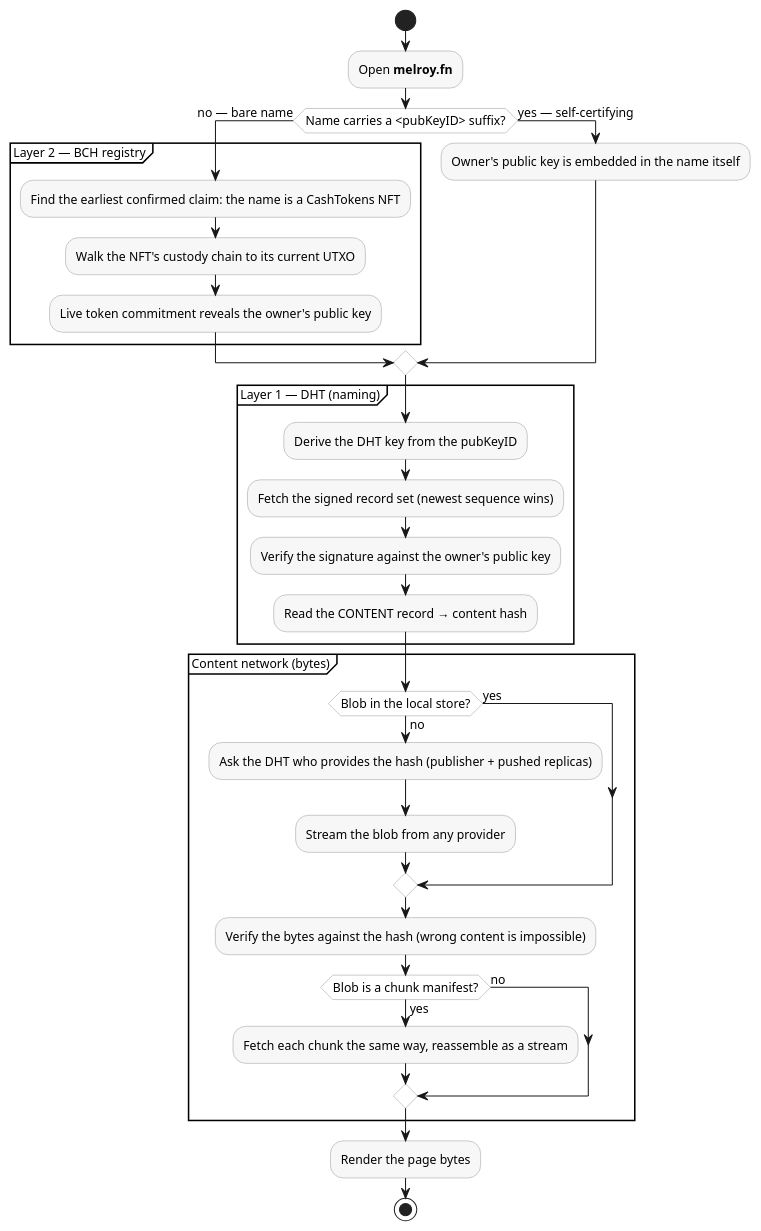
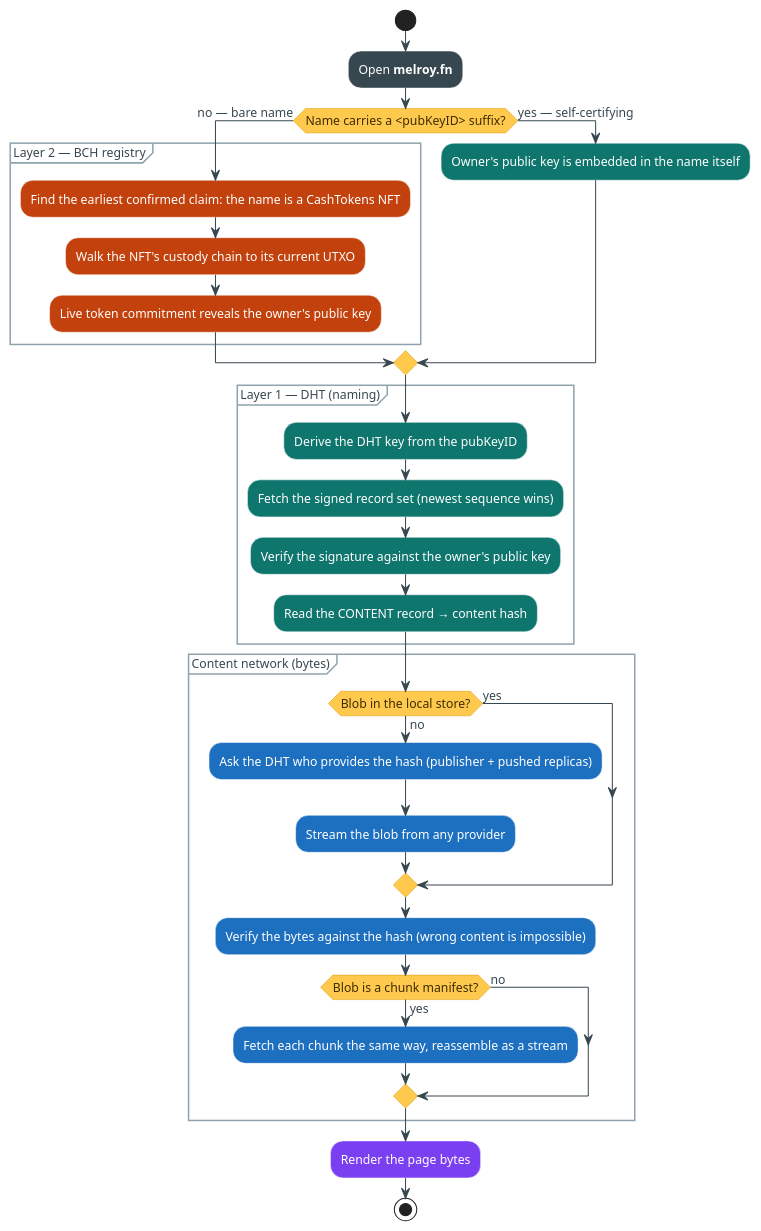
Before and after one commit to FreedomNames/FreedomNames: the diagram in README.md, drawn with PlantUML.

Commit message:
README: color the flowchart by layer
Give each layer its own hue so the three phases are distinguishable at
a glance: BCH registry orange, DHT naming teal, content network blue,
with a dark slate entry step and purple render step. Decisions are
amber so branch points stand out from the work steps.

Teal is the docs site brand color (--vp-c-brand-1 in the VitePress
theme), so the README and website now agree.

All box colors carry white text at WCAG AA (>=4.5:1): the vivid orange
(#F2711C, 2.94) and teal (#14B8A6, 2.49) were darkened to #C2410C
(5.18) and #0F766E (5.47). Amber decisions use dark brown text (8.80).

````diff
--- a/README.md
+++ b/README.md
@@ -46,45 +46,53 @@
 ```plantuml
 @startuml
 skinparam ranksep 25
 skinparam nodesep 14
 skinparam defaultFontSize 12
+skinparam shadowing false
+skinparam ArrowColor #37474F
+skinparam ArrowFontColor #37474F
 skinparam activity {
-  BackgroundColor #F7F7F7
-  BorderColor #999999
-  DiamondBackgroundColor #FFFFFF
-  DiamondBorderColor #999999
+  BorderColor #FFFFFF
+  FontColor #FFFFFF
+  DiamondBackgroundColor #FFC94D
+  DiamondBorderColor #E09B00
+  DiamondFontColor #3D2C00
+}
+skinparam partition {
+  BorderColor #90A4AE
+  FontColor #37474F
 }
 
 start
-:Open <b>melroy.fn</b>;
+#37474F:Open <b>melroy.fn</b>;
 if (Name carries a <pubKeyID> suffix?) then (no — bare name)
   partition "Layer 2 — BCH registry" {
-    :Find the earliest confirmed claim: the name is a CashTokens NFT;
-    :Walk the NFT's custody chain to its current UTXO;
-    :Live token commitment reveals the owner's public key;
+    #C2410C:Find the earliest confirmed claim: the name is a CashTokens NFT;
+    #C2410C:Walk the NFT's custody chain to its current UTXO;
+    #C2410C:Live token commitment reveals the owner's public key;
   }
 else (yes — self-certifying)
-  :Owner's public key is embedded in the name itself;
+  #0F766E:Owner's public key is embedded in the name itself;
 endif
 partition "Layer 1 — DHT (naming)" {
-  :Derive the DHT key from the pubKeyID;
-  :Fetch the signed record set (newest sequence wins);
-  :Verify the signature against the owner's public key;
-  :Read the CONTENT record → content hash;
+  #0F766E:Derive the DHT key from the pubKeyID;
+  #0F766E:Fetch the signed record set (newest sequence wins);
+  #0F766E:Verify the signature against the owner's public key;
+  #0F766E:Read the CONTENT record → content hash;
 }
 partition "Content network (bytes)" {
   if (Blob in the local store?) then (yes)
   else (no)
-    :Ask the DHT who provides the hash (publisher + pushed replicas);
-    :Stream the blob from any provider;
+    #1D6FBF:Ask the DHT who provides the hash (publisher + pushed replicas);
+    #1D6FBF:Stream the blob from any provider;
   endif
-  :Verify the bytes against the hash (wrong content is impossible);
+  #1D6FBF:Verify the bytes against the hash (wrong content is impossible);
   if (Blob is a chunk manifest?) then (yes)
-    :Fetch each chunk the same way, reassemble as a stream;
+    #1D6FBF:Fetch each chunk the same way, reassemble as a stream;
   else (no)
   endif
 }
-:Render the page bytes;
+#7B3FF2:Render the page bytes;
 stop
 @enduml
 ```
````
